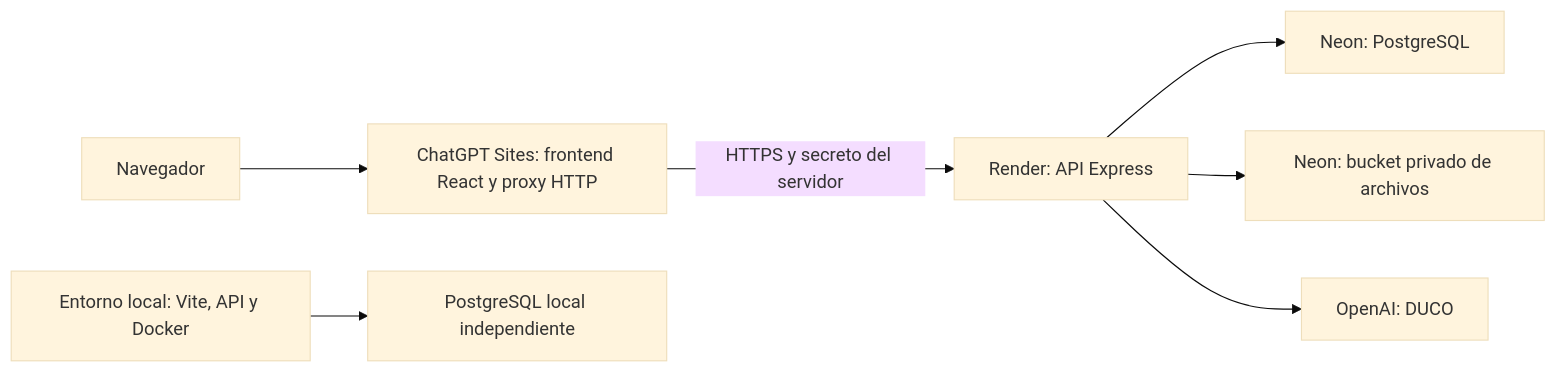
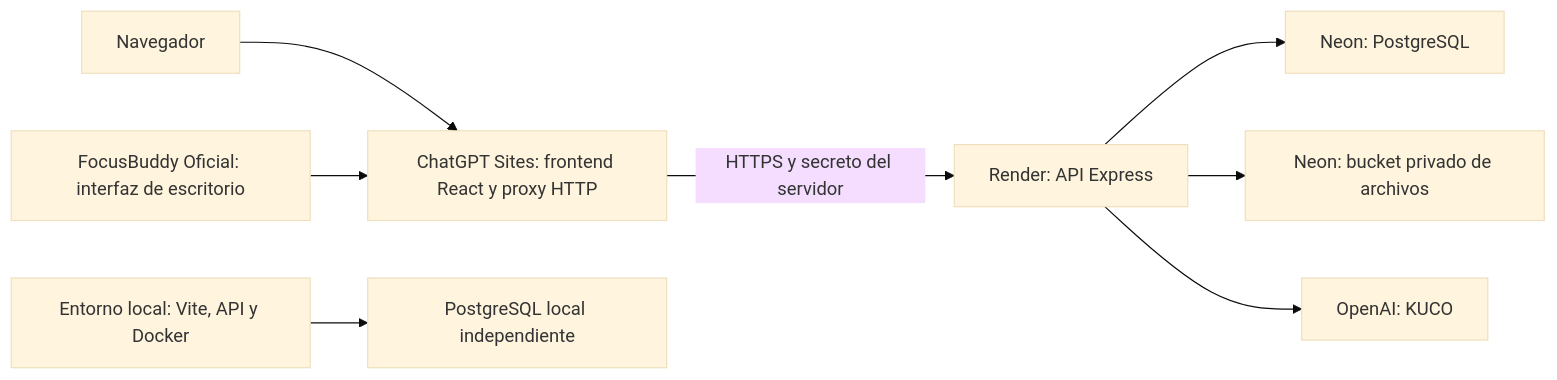
Before and after one commit to SrCazuela/Konea-Rebirth: the diagram in docs/hosting-sites.md, drawn with Mermaid (base theme). The commit also changed other lines of this file and 177 other files, not shown here.

````diff
--- a/docs/hosting-sites.md
+++ b/docs/hosting-sites.md
@@ -10,9 +29,10 @@
 ```mermaid
 flowchart LR
   B[Navegador] --> S[ChatGPT Sites: frontend React y proxy HTTP]
+  F[FocusBuddy Oficial: interfaz de escritorio] --> S
   S -->|HTTPS y secreto del servidor| R[Render: API Express]
   R --> N[Neon: PostgreSQL]
   R --> O[Neon: bucket privado de archivos]
-  R --> A[OpenAI: DUCO]
+  R --> A[OpenAI: KUCO]
   L[Entorno local: Vite, API y Docker] --> P[PostgreSQL local independiente]
 ```
````
